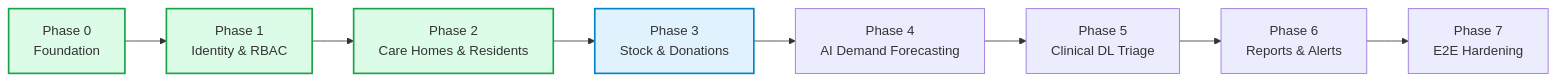
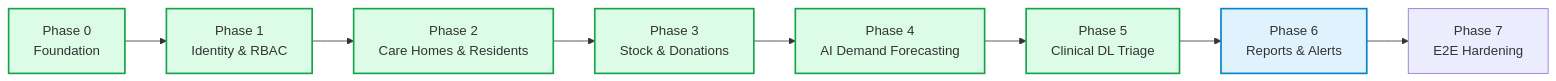
The diagram in ANTIGRAVITY_MASTER_PROMPT.md (nibhakumariu9798-crypto/walframe-sysrem), drawn with Mermaid before and after one commit. The commit also changed other lines of this file and 6 other files, not shown here.

````diff
--- a/ANTIGRAVITY_MASTER_PROMPT.md
+++ b/ANTIGRAVITY_MASTER_PROMPT.md
@@ -47,15 +47,15 @@
 ```mermaid
 flowchart LR
     P0["Phase 0<br/>Foundation"] --> P1["Phase 1<br/>Identity & RBAC"]
     P1 --> P2["Phase 2<br/>Care Homes & Residents"]
     P2 --> P3["Phase 3<br/>Stock & Donations"]
     P3 --> P4["Phase 4<br/>AI Demand Forecasting"]
     P4 --> P5["Phase 5<br/>Clinical DL Triage"]
     P5 --> P6["Phase 6<br/>Reports & Alerts"]
     P6 --> P7["Phase 7<br/>E2E Hardening"]
 
     classDef done fill:#dcfce7,stroke:#16a34a,stroke-width:2px;
     classDef next fill:#e0f2fe,stroke:#0284c7,stroke-width:2px;
-    class P0,P1,P2 done;
-    class P3 next;
+    class P0,P1,P2,P3,P4,P5 done;
+    class P6 next;
 ```
````
